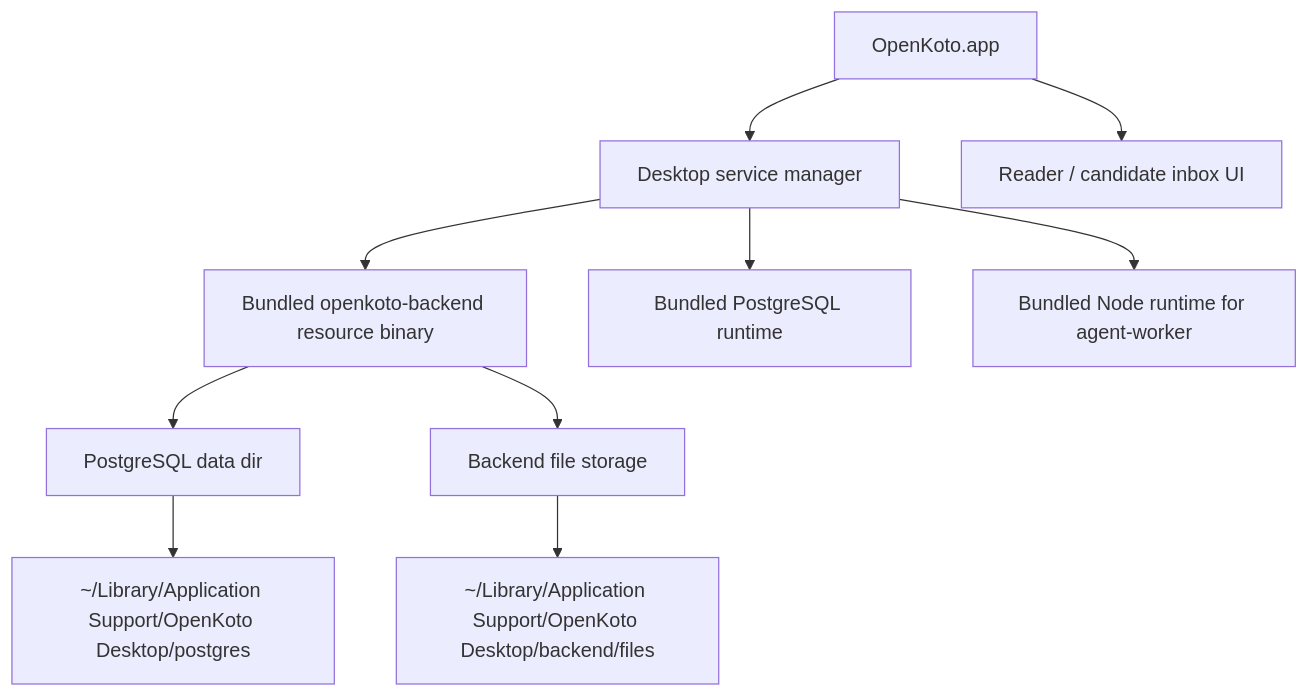
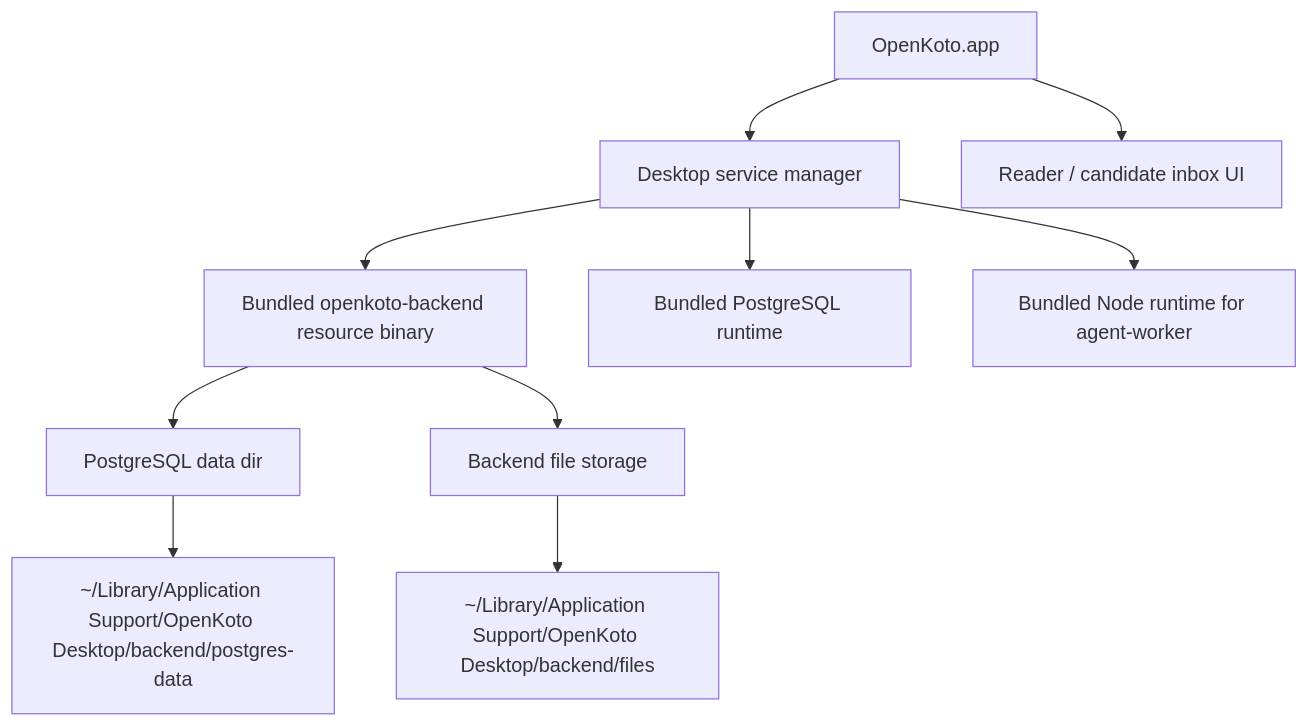
The diagram in docs/plans/2026-07-09-pr6-packaged-local-stack-design.md (WZXsea/openkoto), drawn with Mermaid before and after one commit. The commit also changed other lines of this file and 126 other files, not shown here.

````diff
--- a/docs/plans/2026-07-09-pr6-packaged-local-stack-design.md
+++ b/docs/plans/2026-07-09-pr6-packaged-local-stack-design.md
@@ -5,12 +7,12 @@
 ```mermaid
 flowchart TD
   A["OpenKoto.app"] --> B["Desktop service manager"]
   B --> C["Bundled openkoto-backend resource binary"]
   B --> D["Bundled PostgreSQL runtime"]
   B --> J["Bundled Node runtime for agent-worker"]
   C --> E["PostgreSQL data dir"]
   C --> F["Backend file storage"]
   A --> G["Reader / candidate inbox UI"]
-  E --> H["~/Library/Application Support/OpenKoto Desktop/postgres"]
+  E --> H["~/Library/Application Support/OpenKoto Desktop/backend/postgres-data"]
   F --> I["~/Library/Application Support/OpenKoto Desktop/backend/files"]
 ```
````
